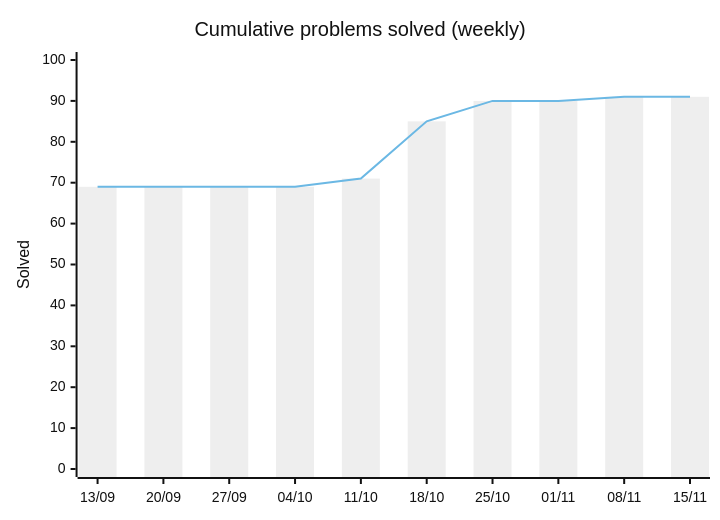
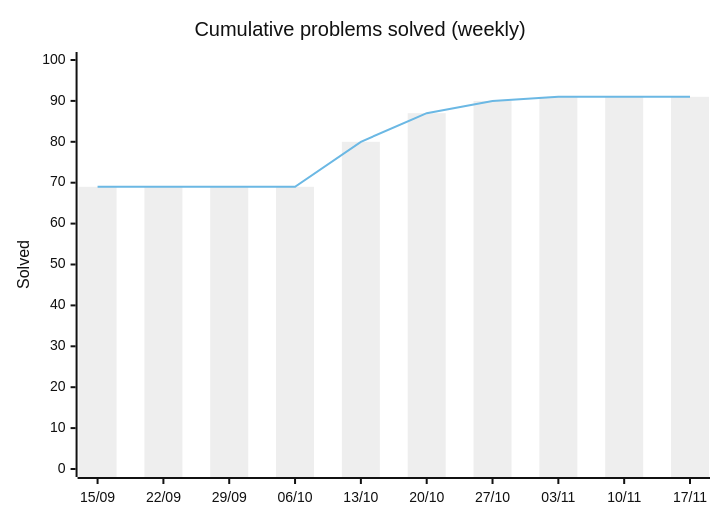
One commit to HarryTrn/TensorTonic-Solutions changed the first of 2 diagrams in README.md. Above: the diagram before and after it, drawn with Mermaid (neutral theme). The commit also changed other lines of this file, not shown here.

Commit message:
docs: auto-update README [skip ci]

````diff
--- a/README.md
+++ b/README.md
@@ -65,8 +65,8 @@
 ```mermaid
 xychart-beta
     title "Cumulative problems solved (weekly)"
-    x-axis ["13/09", "20/09", "27/09", "04/10", "11/10", "18/10", "25/10", "01/11", "08/11", "15/11"]
+    x-axis ["15/09", "22/09", "29/09", "06/10", "13/10", "20/10", "27/10", "03/11", "10/11", "17/11"]
     y-axis "Solved" 0 --> 100
-    bar [69, 69, 69, 69, 71, 85, 90, 90, 91, 91]
-    line [69, 69, 69, 69, 71, 85, 90, 90, 91, 91]
+    bar [69, 69, 69, 69, 80, 87, 90, 91, 91, 91]
+    line [69, 69, 69, 69, 80, 87, 90, 91, 91, 91]
 ```
````
